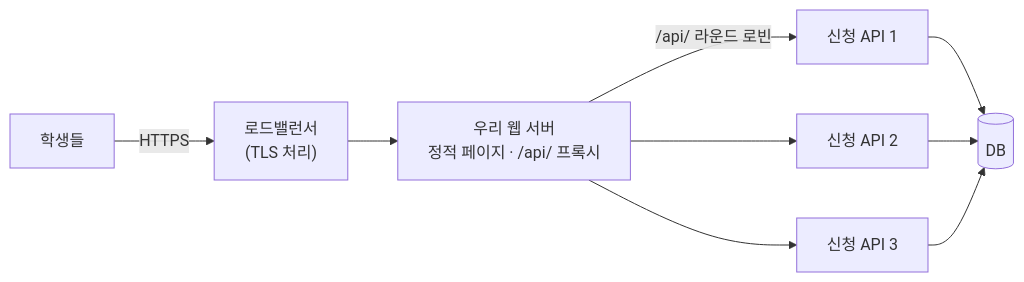
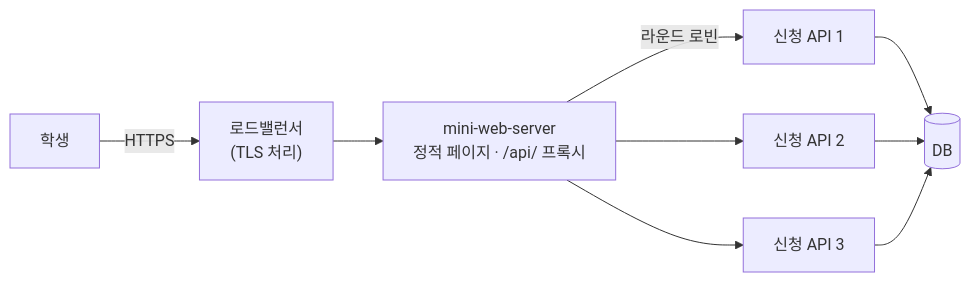
Before and after one commit to 1224kang/mini-web-server: the first of 4 diagrams in README.md, drawn with Mermaid. The commit also changed other lines of this file, not shown here.

````diff
--- a/README.md
+++ b/README.md
@@ -168,9 +162,9 @@
 ```mermaid
 flowchart LR
-    U["학생들"] -->|HTTPS| LB["로드밸런서<br/>(TLS 처리)"]
-    LB --> W["우리 웹 서버<br/>정적 페이지 · /api/ 프록시"]
-    W -->|"/api/ 라운드 로빈"| A1["신청 API 1"]
+    U["학생"] -->|HTTPS| LB["로드밸런서<br/>(TLS 처리)"]
+    LB --> W["mini-web-server<br/>정적 페이지 · /api/ 프록시"]
+    W -->|"라운드 로빈"| A1["신청 API 1"]
     W --> A2["신청 API 2"]
     W --> A3["신청 API 3"]
     A1 & A2 & A3 --> D[("DB")]
 ```
````
